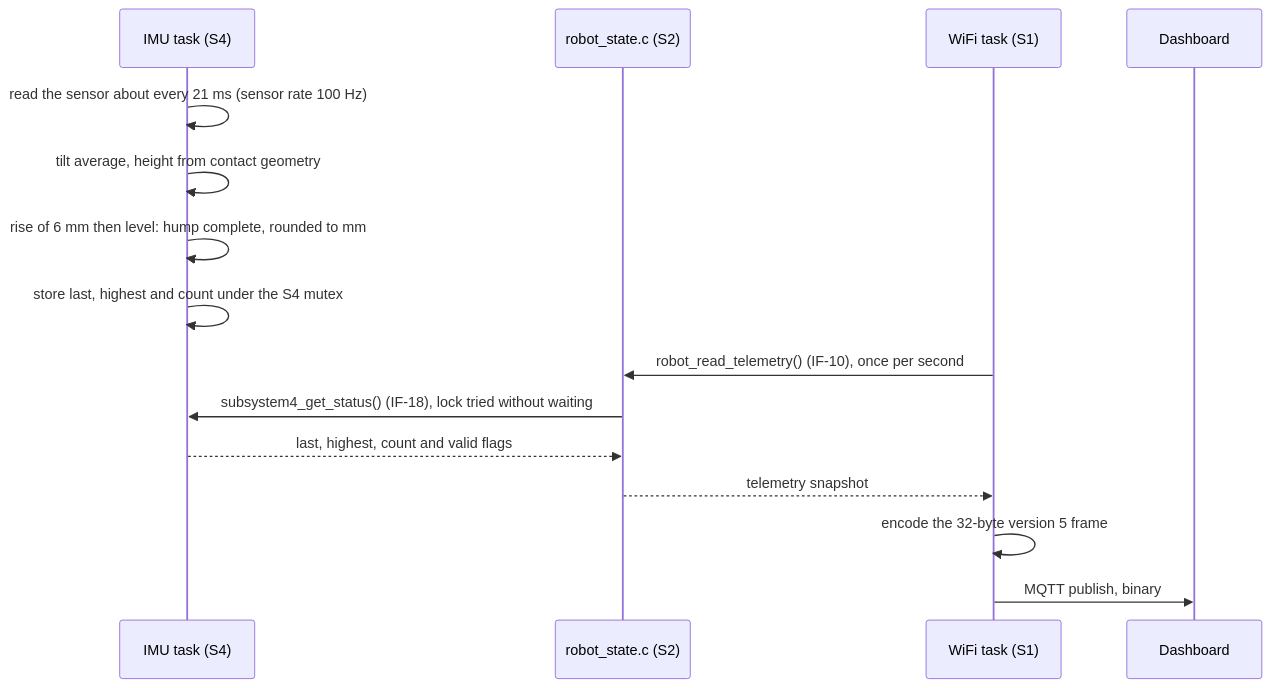
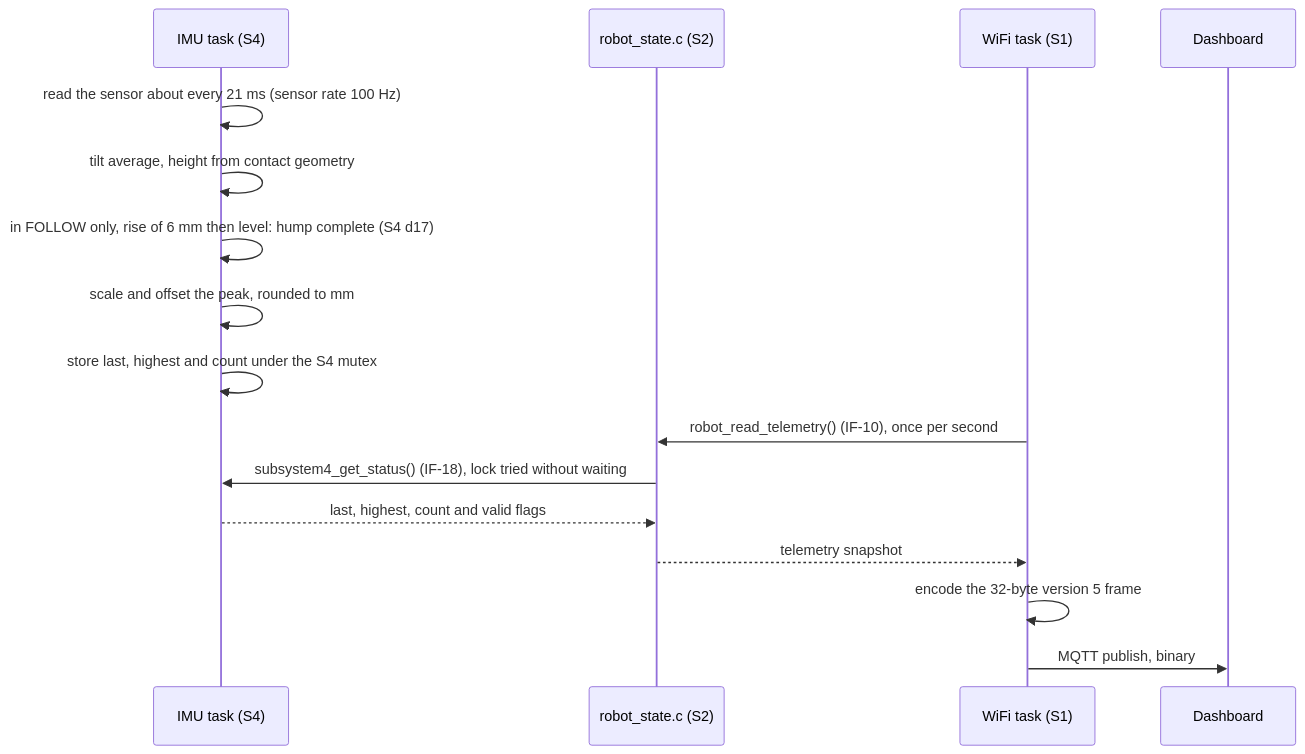
The seventh of 7 diagrams in docs/final_architecture.md (timothyckl/INF2004-P2-08-RobotCar), drawn with Mermaid before and after one commit. The commit also changed other lines of this file and 12 other files, not shown here.

````diff
--- a/docs/final_architecture.md
+++ b/docs/final_architecture.md
@@ -279,17 +283,18 @@
 ```mermaid
 sequenceDiagram
   participant I as IMU task (S4)
   participant R as robot_state.c (S2)
   participant W as WiFi task (S1)
   participant D as Dashboard
   I->>I: read the sensor about every 21 ms (sensor rate 100 Hz)
   I->>I: tilt average, height from contact geometry
-  I->>I: rise of 6 mm then level: hump complete, rounded to mm
+  I->>I: in FOLLOW only, rise of 6 mm then level: hump complete (S4 d17)
+  I->>I: scale and offset the peak, rounded to mm
   I->>I: store last, highest and count under the S4 mutex
   W->>R: robot_read_telemetry() (IF-10), once per second
   R->>I: subsystem4_get_status() (IF-18), lock tried without waiting
   I-->>R: last, highest, count and valid flags
   R-->>W: telemetry snapshot
   W->>W: encode the 32-byte version 5 frame
   W->>D: MQTT publish, binary
 ```
````
